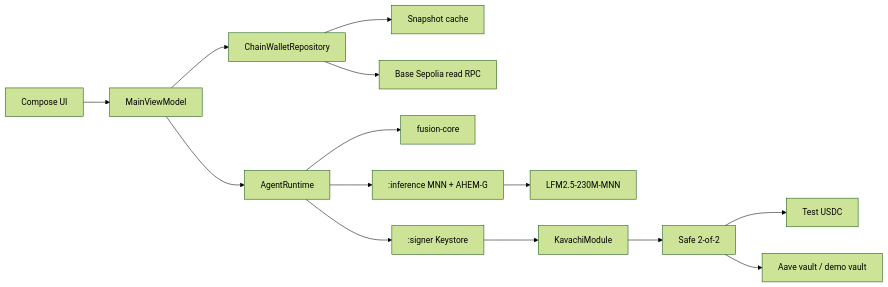
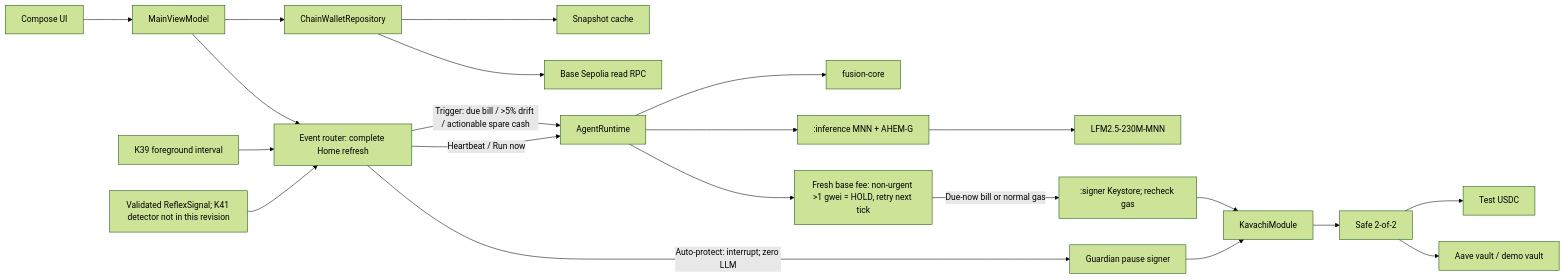
One commit to AdribMahmud101/fusion_wallet changed the first of 3 diagrams in docs/SYSTEM_OVERVIEW.md. Above: the diagram before and after it, drawn with Mermaid (forest theme). The commit also changed other lines of this file and 4 other files, not shown here.

````diff
--- a/docs/SYSTEM_OVERVIEW.md
+++ b/docs/SYSTEM_OVERVIEW.md
@@ -100,16 +100,23 @@
 ```mermaid
 flowchart LR
   UI["Compose UI"] --> VM["MainViewModel"]
   VM --> Repo["ChainWalletRepository"]
   Repo --> Cache["Snapshot cache"]
   Repo --> RPC["Base Sepolia read RPC"]
-  VM --> Runtime["AgentRuntime"]
+  VM --> Router["Event router: complete Home refresh"]
+  Heartbeat["K39 foreground interval"] --> Router
+  Router -->|"Trigger: due bill / >5% drift / actionable spare cash"| Runtime["AgentRuntime"]
+  Router -->|"Heartbeat / Run now"| Runtime
+  Risk["Validated ReflexSignal; K41 detector not in this revision"] --> Router
+  Router -->|"Auto-protect: interrupt; zero LLM"| Guardian["Guardian pause signer"]
+  Guardian --> Module
   Runtime --> Core["fusion-core"]
   Runtime --> Inf[":inference MNN + AHEM-G"]
   Inf --> Model["LFM2.5-230M-MNN"]
-  Runtime --> Signer[":signer Keystore"]
+  Runtime --> Gas["Fresh base fee: non-urgent >1 gwei = HOLD, retry next tick"]
+  Gas -->|"Due-now bill or normal gas"| Signer[":signer Keystore; recheck gas"]
   Signer --> Module["KavachiModule"]
   Module --> Safe["Safe 2-of-2"]
   Safe --> USDC["Test USDC"]
   Safe --> Vaults["Aave vault / demo vault"]
 ```
````
